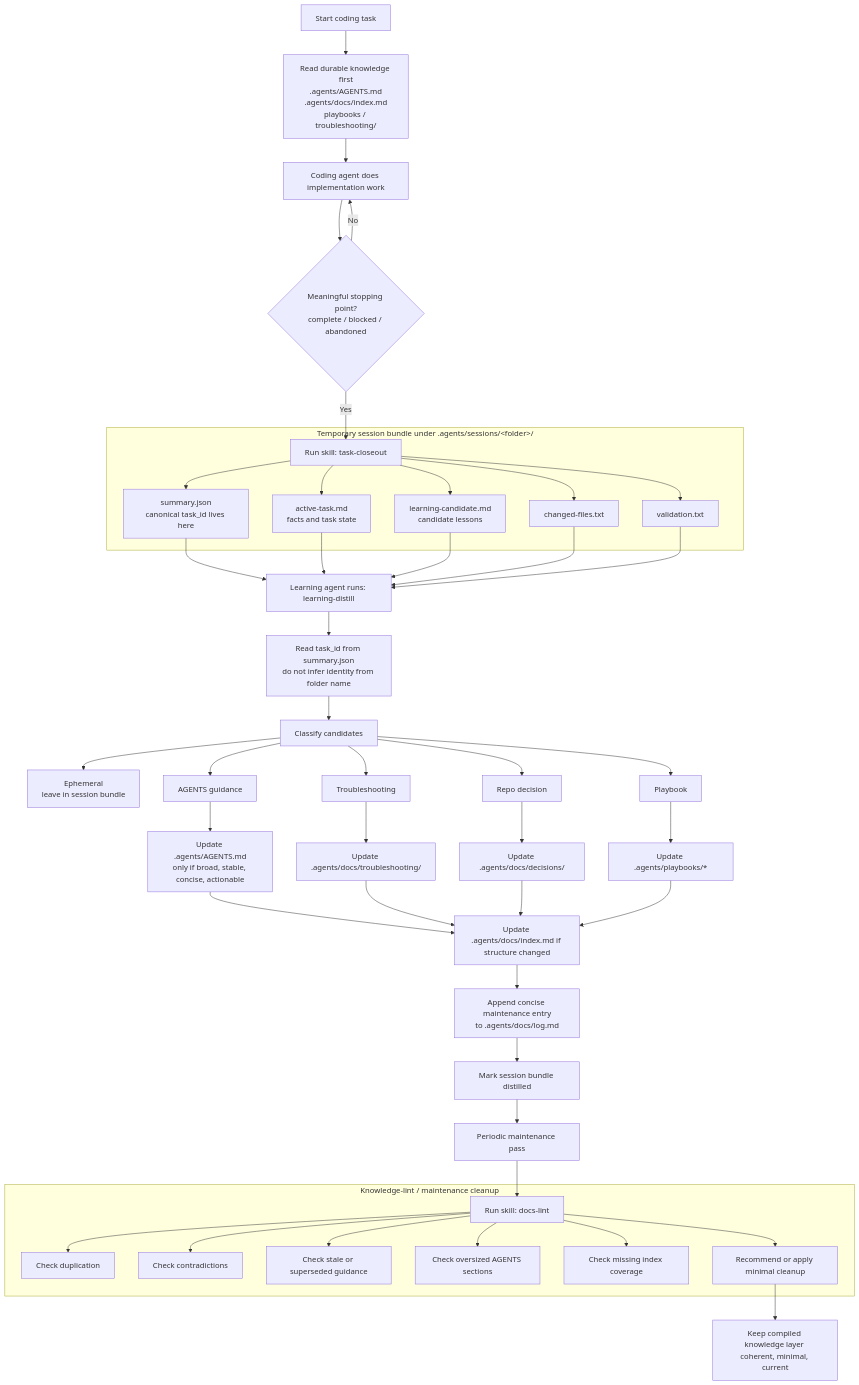
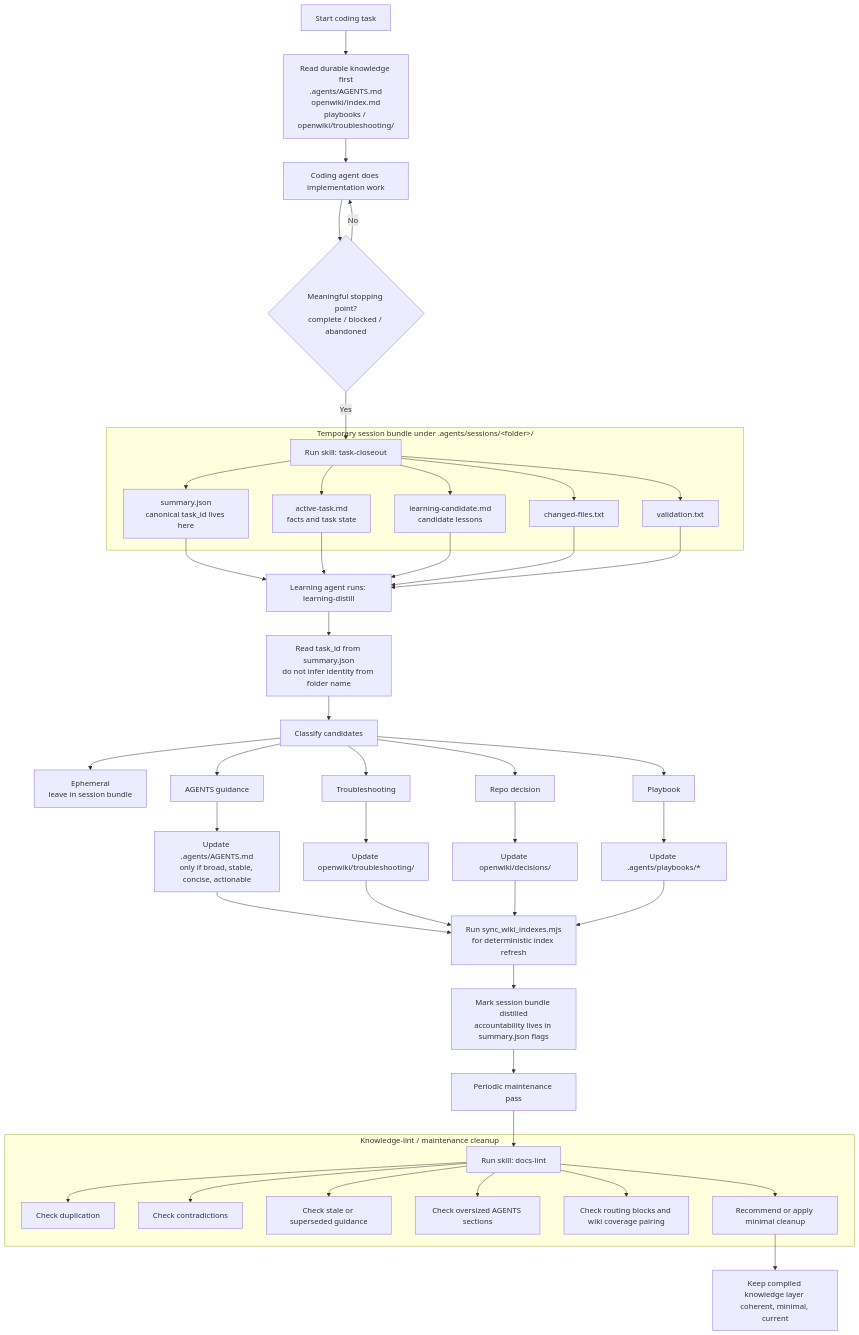
One commit to Hypercubed/Agent-Knowledge-Starter-Kit changed the diagram in docs/architecture.md. Above: the diagram before and after it, drawn with Mermaid. The commit also changed other lines of this file and 174 other files, not shown here.

````diff
--- a/docs/architecture.md
+++ b/docs/architecture.md
@@ -217,61 +215,59 @@
 ```mermaid
 flowchart TD
-    A[Start coding task] --> C[Read durable knowledge first<br/>.agents/AGENTS.md<br/>.agents/docs/index.md<br/>playbooks / troubleshooting/]
+    A[Start coding task] --> C[Read durable knowledge first<br/>.agents/AGENTS.md<br/>openwiki/index.md<br/>playbooks / openwiki/troubleshooting/]
     C --> B[Coding agent does implementation work]
     B --> D{Meaningful stopping point?<br/>complete / blocked / abandoned}
     D -- No --> B
     D -- Yes --> E[Run skill: task-closeout]
 
     subgraph SessionBundle["Temporary session bundle under .agents/sessions/&lt;folder&gt;/"]
         E --> F[summary.json<br/>canonical task_id lives here]
         E --> G[active-task.md<br/>facts and task state]
         E --> H[learning-candidate.md<br/>candidate lessons]
         E --> I[changed-files.txt]
         E --> J[validation.txt]
     end
 
     F --> K[Learning agent runs: learning-distill]
     G --> K
     H --> K
     I --> K
     J --> K
 
     K --> L[Read task_id from summary.json<br/>do not infer identity from folder name]
     L --> M[Classify candidates]
 
     M --> M1[Ephemeral<br/>leave in session bundle]
     M --> M2[AGENTS guidance]
     M --> M3[Troubleshooting]
     M --> M4[Repo decision]
     M --> M5[Playbook]
 
 
     M2 --> N1[Update .agents/AGENTS.md<br/>only if broad, stable, concise, actionable]
-    M3 --> N2[Update .agents/docs/troubleshooting/]
-    M4 --> N3[Update .agents/docs/decisions/]
+    M3 --> N2[Update openwiki/troubleshooting/]
+    M4 --> N3[Update openwiki/decisions/]
     M5 --> N4[Update .agents/playbooks/*]
 
 
-    N1 --> O[Update .agents/docs/index.md if structure changed]
+    N1 --> O[Run sync_wiki_indexes.mjs<br/>for deterministic index refresh]
     N2 --> O
     N3 --> O
     N4 --> O
 
-
-    O --> P[Append concise maintenance entry<br/>to .agents/docs/log.md]
-    P --> Q[Mark session bundle distilled]
+    O --> Q[Mark session bundle distilled<br/>accountability lives in summary.json flags]
 
     Q --> R[Periodic maintenance pass]
     R --> S[Run skill: docs-lint]
 
     subgraph KnowledgeLint["Knowledge-lint / maintenance cleanup"]
         S --> T[Check duplication]
         S --> U[Check contradictions]
         S --> V[Check stale or superseded guidance]
         S --> W[Check oversized AGENTS sections]
-        S --> X[Check missing index coverage]
+        S --> X[Check routing blocks and wiki coverage pairing]
         S --> Y[Recommend or apply minimal cleanup]
     end
 
     Y --> Z[Keep compiled knowledge layer coherent, minimal, current]
 ```
````
